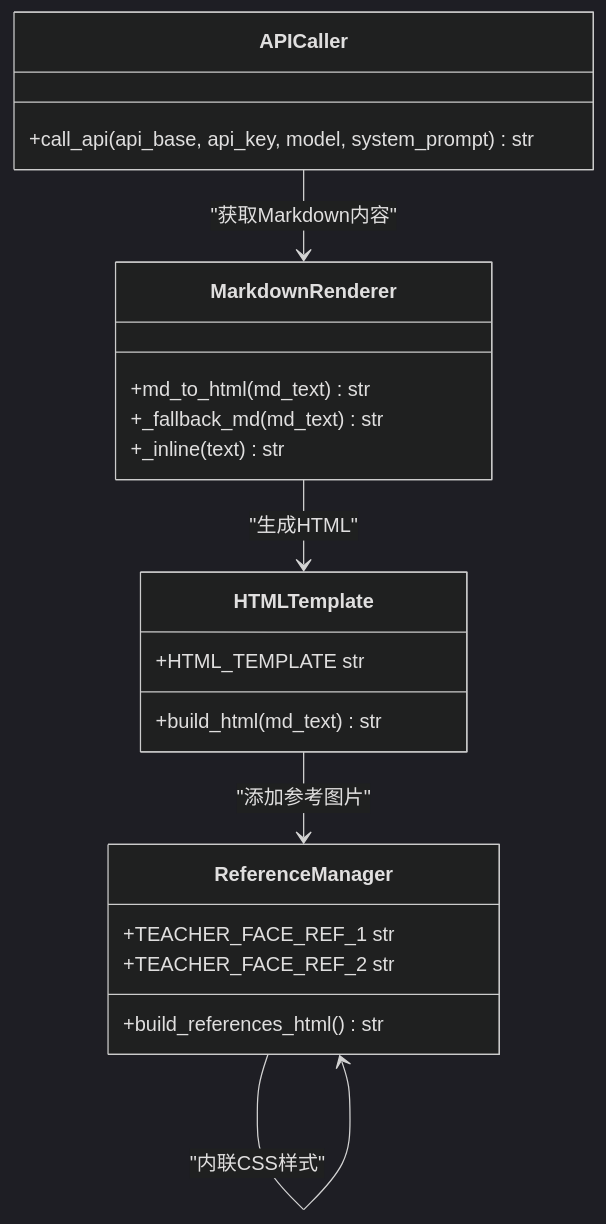
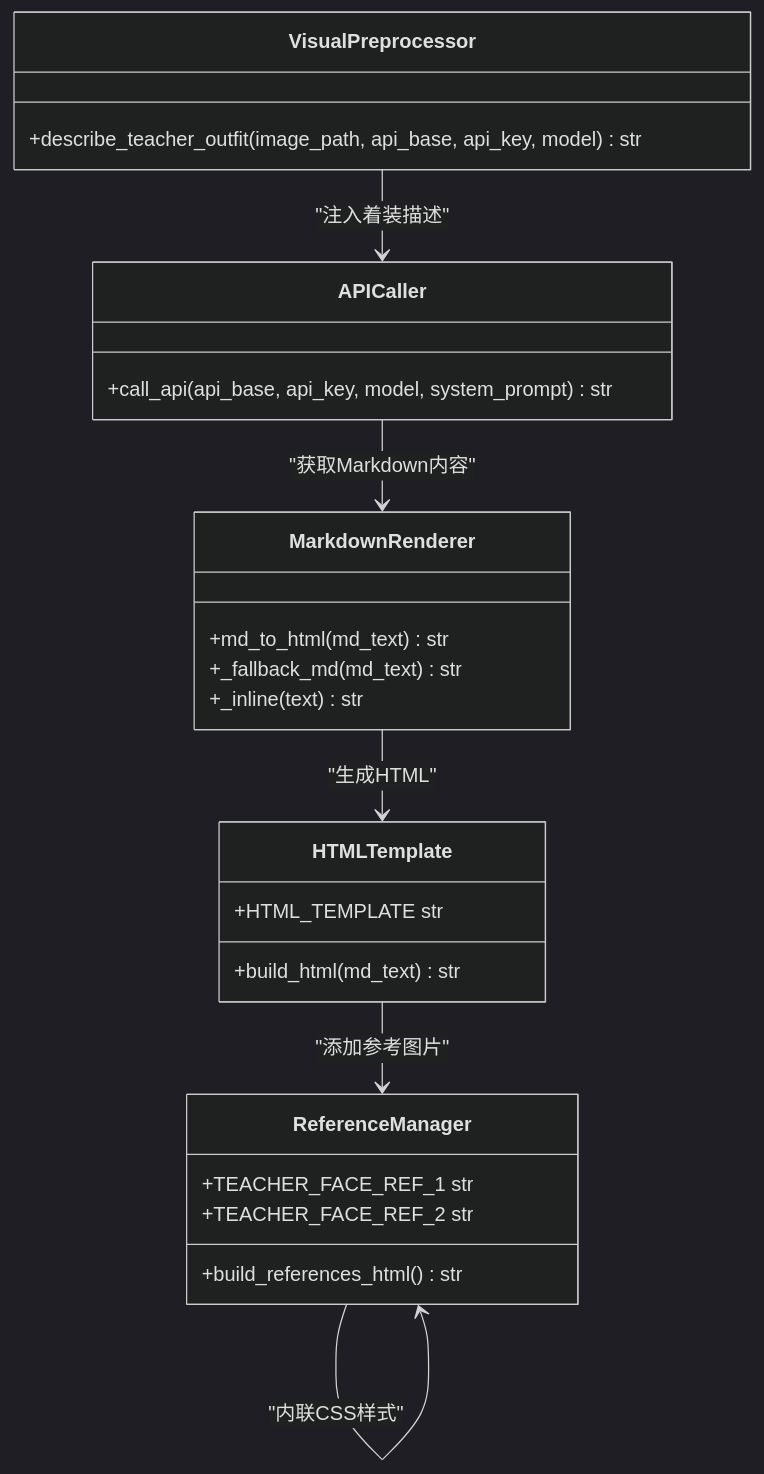
One commit to WongMingJiu/landingpage-test-hero-page changed the sixth of 13 diagrams in .qoder/repowiki/zh/content/核心模块详解/方案生成模块.md. Above: the diagram before and after it, drawn with Mermaid (dark theme). The commit also changed other lines of this file and 7 other files, not shown here.

````diff
--- a/.qoder/repowiki/zh/content/核心模块详解/方案生成模块.md
+++ b/.qoder/repowiki/zh/content/核心模块详解/方案生成模块.md
@@ -259,24 +338,28 @@
 ```mermaid
 classDiagram
 class MarkdownRenderer {
 +md_to_html(md_text) str
 +_fallback_md(md_text) str
 +_inline(text) str
 }
 class HTMLTemplate {
 +HTML_TEMPLATE str
 +build_html(md_text) str
 }
 class APICaller {
 +call_api(api_base, api_key, model, system_prompt) str
 }
 class ReferenceManager {
 +build_references_html() str
 +TEACHER_FACE_REF_1 str
 +TEACHER_FACE_REF_2 str
 }
+class VisualPreprocessor {
++describe_teacher_outfit(image_path, api_base, api_key, model) str
+}
 MarkdownRenderer --> HTMLTemplate : "生成HTML"
 APICaller --> MarkdownRenderer : "获取Markdown内容"
 HTMLTemplate --> ReferenceManager : "添加参考图片"
 ReferenceManager --> ReferenceManager : "内联CSS样式"
+VisualPreprocessor --> APICaller : "注入着装描述"
 ```
````
